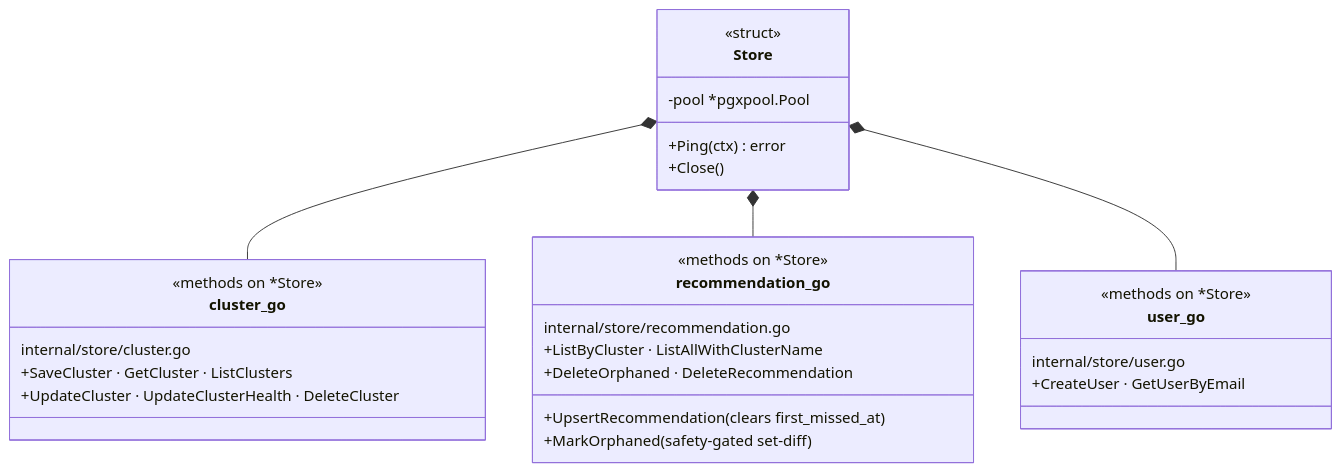
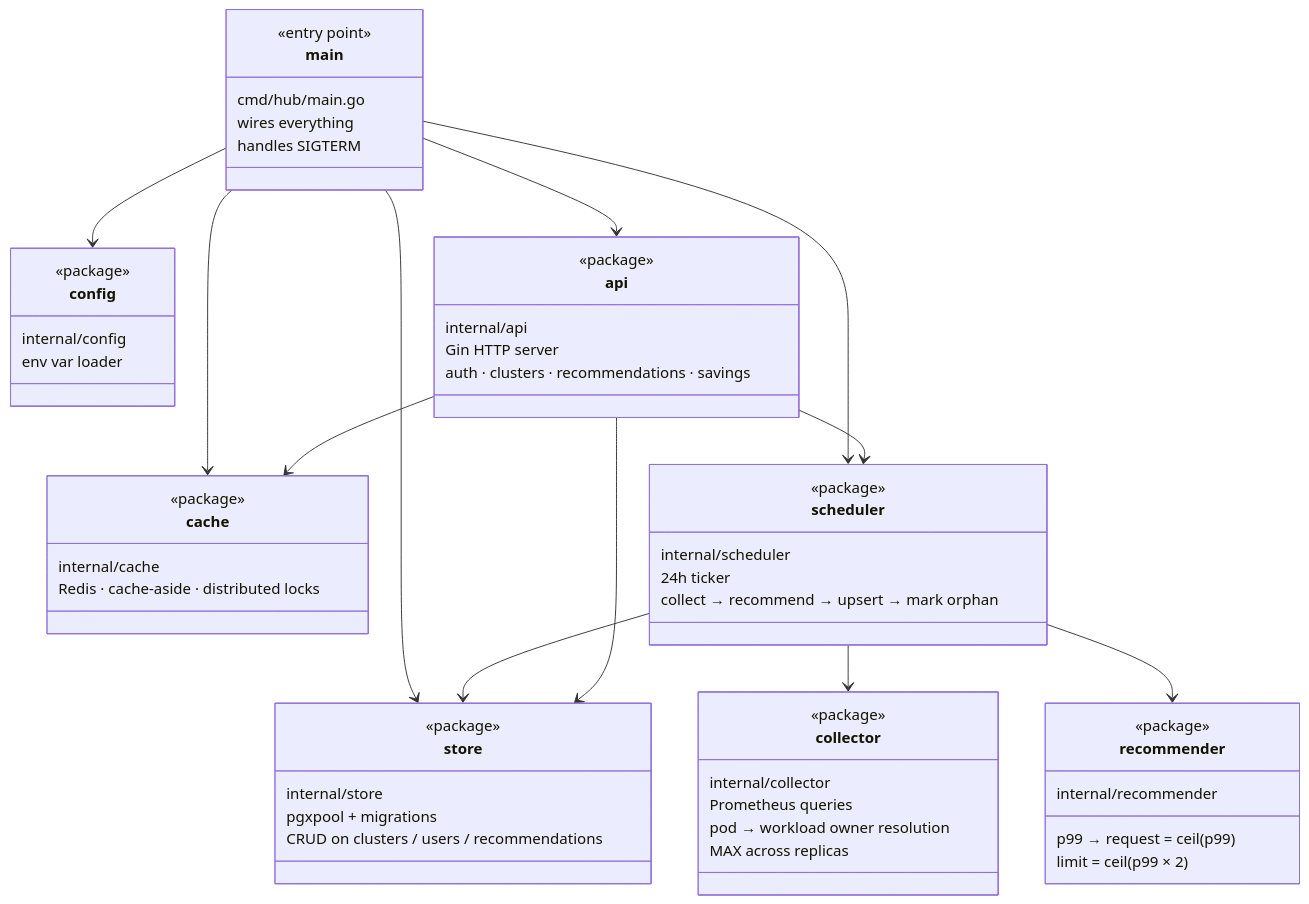
Before and after one commit to RISHABH1270/PodOptix: the diagram in docs/code-map.md, drawn with Mermaid. The commit also changed other lines of this file, not shown here.

First line of the commit message:
docs(code-map): collapse back to one diagram, package-level only

````diff
--- a/docs/code-map.md
+++ b/docs/code-map.md
@@ -68,37 +20,73 @@
 ```mermaid
 classDiagram
     direction TB
 
-    class Store {
-        <<struct>>
-        -pool *pgxpool.Pool
-        +Ping(ctx) error
-        +Close()
+    class main {
+        <<entry point>>
+        cmd/hub/main.go
+        wires everything
+        handles SIGTERM
     }
 
-    class cluster_go {
-        <<methods on *Store>>
-        internal/store/cluster.go
-        +SaveCluster · GetCluster · ListClusters
-        +UpdateCluster · UpdateClusterHealth · DeleteCluster
+    class config {
+        <<package>>
+        internal/config
+        env var loader
     }
 
-    class recommendation_go {
-        <<methods on *Store>>
-        internal/store/recommendation.go
-        +UpsertRecommendation (clears first_missed_at)
-        +ListByCluster · ListAllWithClusterName
-        +MarkOrphaned (safety-gated set-diff)
-        +DeleteOrphaned · DeleteRecommendation
+    class store {
+        <<package>>
+        internal/store
+        pgxpool + migrations
+        CRUD on clusters / users / recommendations
     }
 
-    class user_go {
-        <<methods on *Store>>
-        internal/store/user.go
-        +CreateUser · GetUserByEmail
+    class cache {
+        <<package>>
+        internal/cache
+        Redis · cache-aside · distributed locks
     }
 
-    Store *-- cluster_go
-    Store *-- recommendation_go
-    Store *-- user_go
+    class collector {
+        <<package>>
+        internal/collector
+        Prometheus queries
+        pod → workload owner resolution
+        MAX across replicas
+    }
+
+    class recommender {
+        <<package>>
+        internal/recommender
+        p99 → request = ceil(p99)
+        limit = ceil(p99 × 2)
+    }
+
+    class scheduler {
+        <<package>>
+        internal/scheduler
+        24h ticker
+        collect → recommend → upsert → mark orphan
+    }
+
+    class api {
+        <<package>>
+        internal/api
+        Gin HTTP server
+        auth · clusters · recommendations · savings
+    }
+
+    main --> config
+    main --> store
+    main --> cache
+    main --> scheduler
+    main --> api
+
+    scheduler --> store
+    scheduler --> collector
+    scheduler --> recommender
+
+    api --> store
+    api --> cache
+    api --> scheduler
 ```
````
